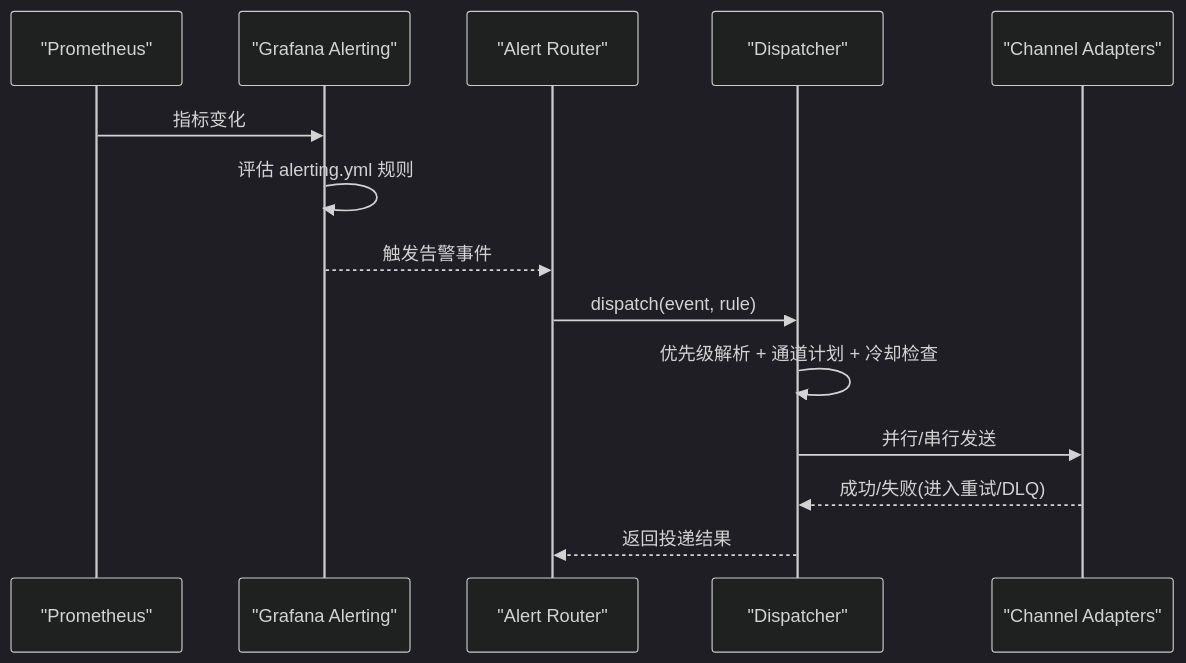
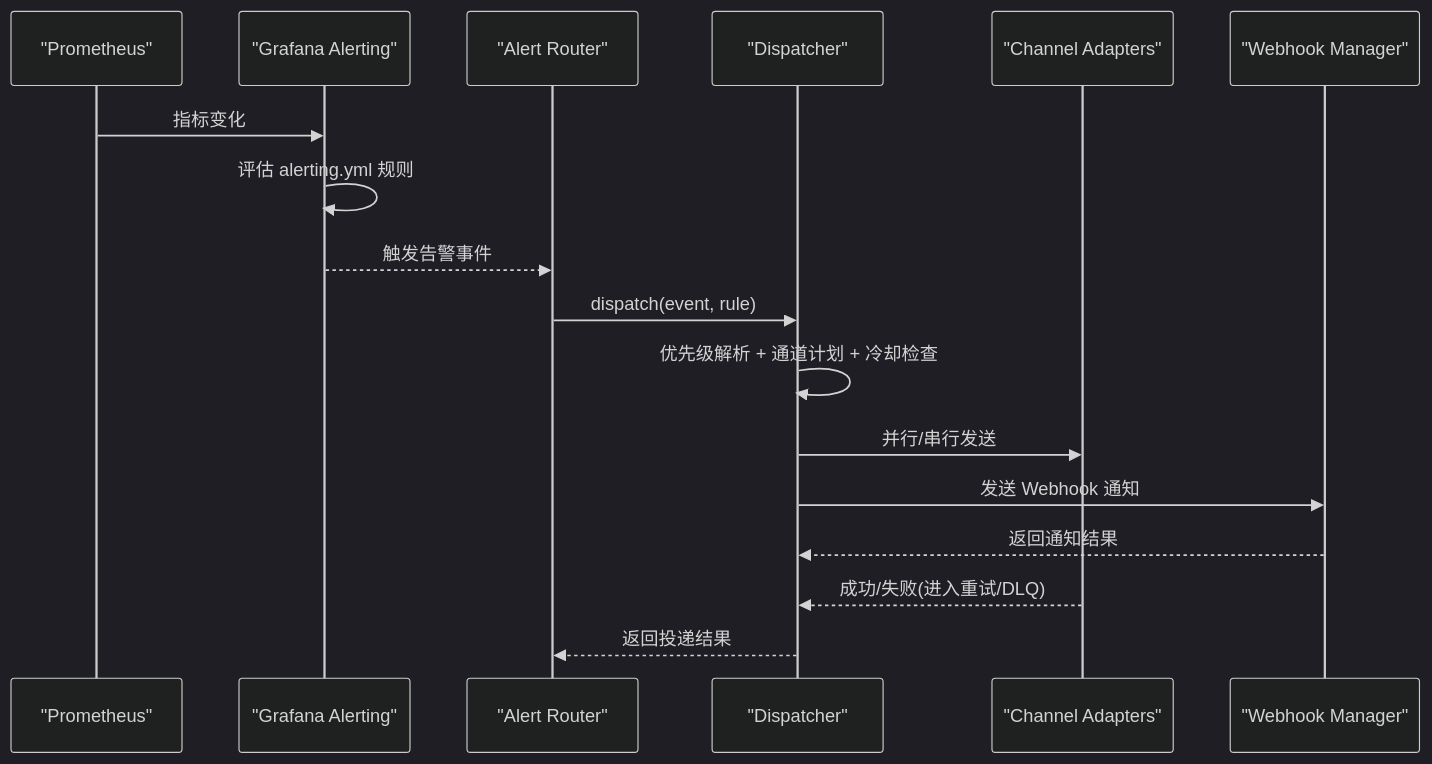
The sixth of 9 diagrams in .qoder/repowiki/zh/content/实时监控与告警/实时监控与告警.md (songlinhe5-lab/quant_agent), drawn with Mermaid (dark theme) before and after one commit. The commit also changed other lines of this file and 294 other files, not shown here.

````diff
--- a/.qoder/repowiki/zh/content/实时监控与告警/实时监控与告警.md
+++ b/.qoder/repowiki/zh/content/实时监控与告警/实时监控与告警.md
@@ -218,16 +249,19 @@
 ```mermaid
 sequenceDiagram
 participant PM as "Prometheus"
 participant GA as "Grafana Alerting"
 participant RT as "Alert Router"
 participant DP as "Dispatcher"
 participant CH as "Channel Adapters"
+participant WN as "Webhook Manager"
 PM->>GA : 指标变化
 GA->>GA : 评估 alerting.yml 规则
 GA-->>RT : 触发告警事件
 RT->>DP : dispatch(event, rule)
 DP->>DP : 优先级解析 + 通道计划 + 冷却检查
 DP->>CH : 并行/串行发送
+DP->>WN : 发送 Webhook 通知
+WN-->>DP : 返回通知结果
 CH-->>DP : 成功/失败(进入重试/DLQ)
 DP-->>RT : 返回投递结果
 ```
````
